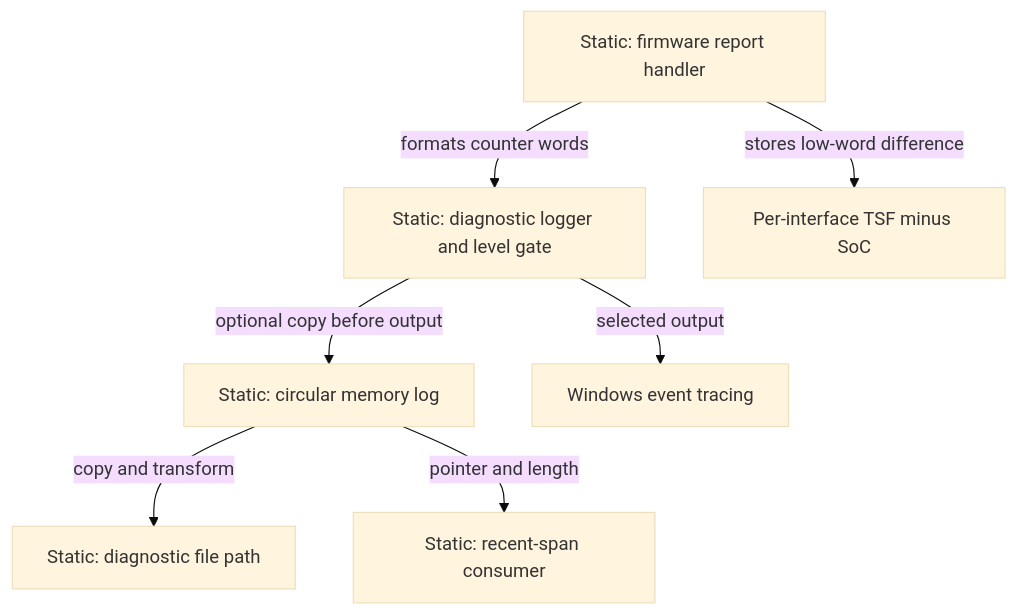
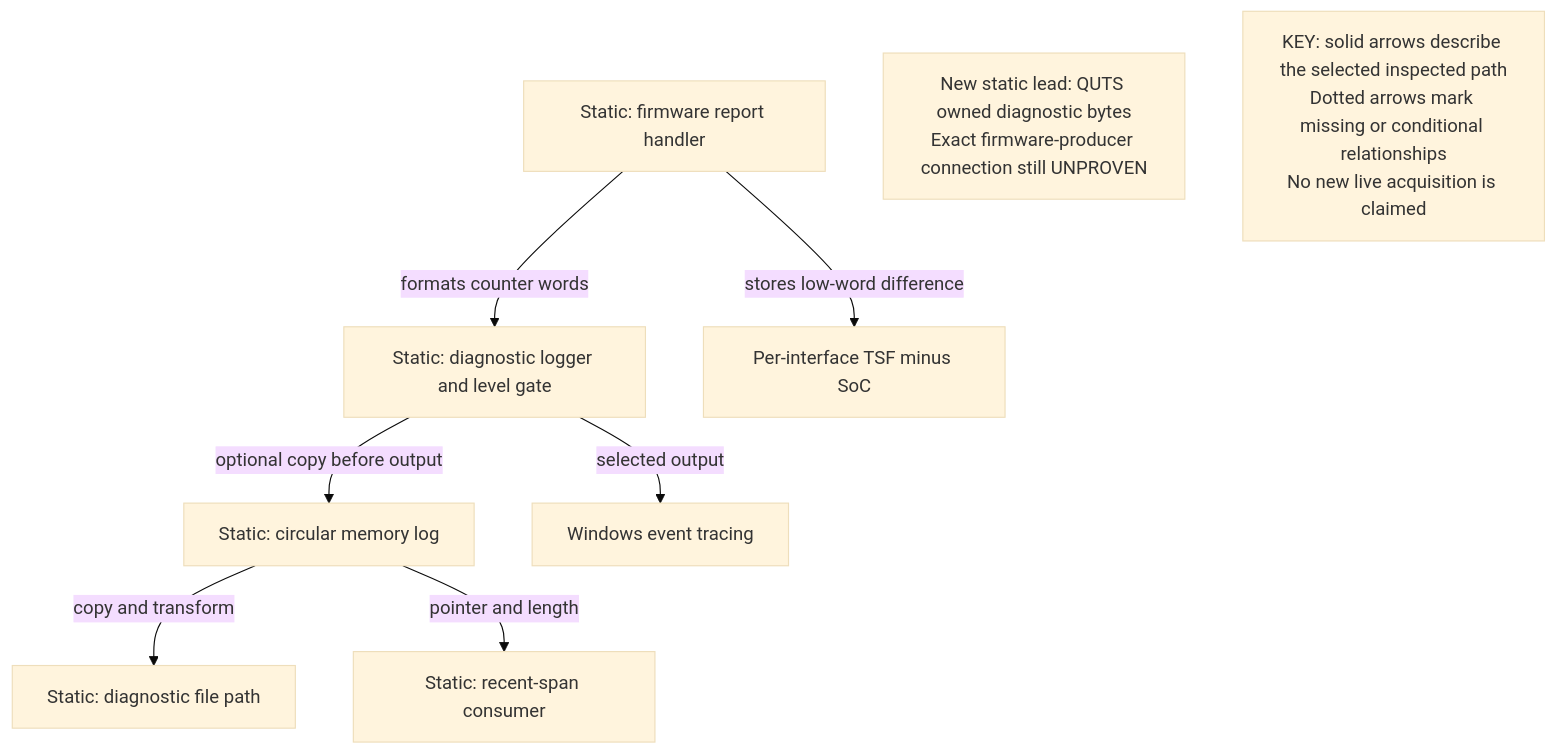
The diagram in docs/memory-ring/unmatched-tsf-and-memory-log.md (Protonmatter/wifi-hardware-time), drawn with Mermaid (base theme) before and after one commit. The commit also changed other lines of this file and 123 other files, not shown here.

````diff
--- a/docs/memory-ring/unmatched-tsf-and-memory-log.md
+++ b/docs/memory-ring/unmatched-tsf-and-memory-log.md
@@ -95,9 +99,11 @@
 ```mermaid
 flowchart TD
     RH[Static: firmware report handler] -->|formats counter words| LOG[Static: diagnostic logger and level gate]
     LOG -->|optional copy before output| RING[Static: circular memory log]
     LOG -->|selected output| ETW[Windows event tracing]
     RING -->|copy and transform| FILE[Static: diagnostic file path]
     RING -->|pointer and length| SPAN[Static: recent-span consumer]
     RH -->|stores low-word difference| DELTA[Per-interface TSF minus SoC]
+  NEW["New static lead: QUTS owned diagnostic bytes<br/>Exact firmware-producer connection still UNPROVEN"]
+  KEY["KEY: solid arrows describe the selected inspected path<br/>Dotted arrows mark missing or conditional relationships<br/>No new live acquisition is claimed"]
 ```
````
